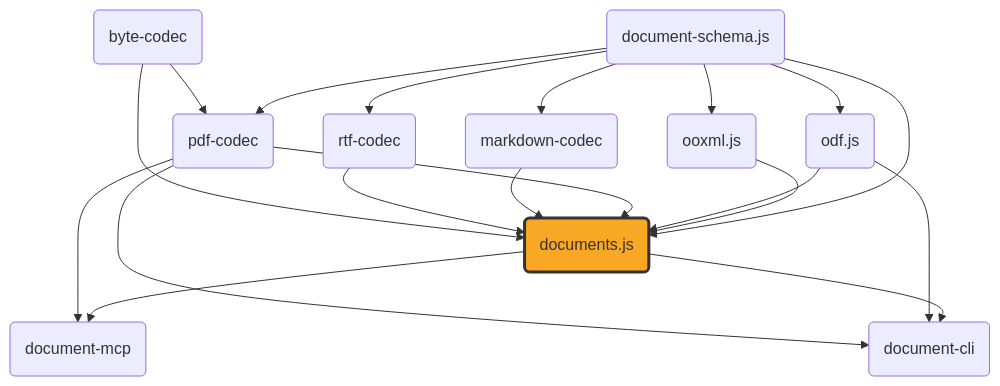
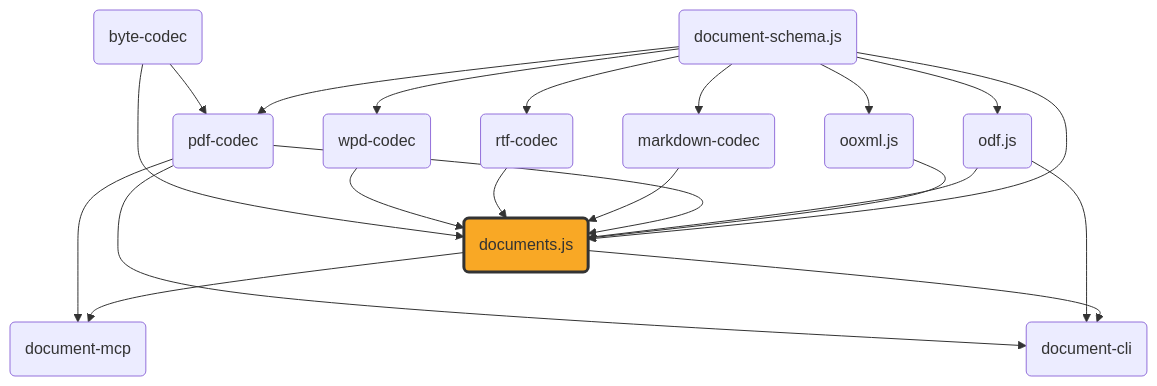
The diagram in packages/documents.js/README.md (ExaDev/documents.js), drawn with Mermaid before and after one commit. The commit also changed other lines of this file and 1 other file, not shown here.

First line of the commit message:
docs(documents.js): document wpd as a routable read-only conversion source

````diff
--- a/packages/documents.js/README.md
+++ b/packages/documents.js/README.md
@@ -9,45 +9,49 @@
 ```mermaid
 graph TD
     schema("document-schema.js")
     ooxml("ooxml.js")
     odf("odf.js")
     pdfcodec("pdf-codec")
     mdcodec("markdown-codec")
     rtfcodec("rtf-codec")
+    wpdcodec("wpd-codec")
     bytecodec("byte-codec")
     documents("documents.js")
     mcp("document-mcp")
     cli("document-cli")
 
     schema --> ooxml
     schema --> odf
     schema --> pdfcodec
     schema --> mdcodec
     schema --> rtfcodec
+    schema --> wpdcodec
     schema --> documents
     ooxml --> documents
     odf --> documents
     pdfcodec --> documents
     mdcodec --> documents
     rtfcodec --> documents
+    wpdcodec --> documents
     bytecodec --> pdfcodec
     bytecodec --> documents
     documents --> mcp
     pdfcodec --> mcp
     documents --> cli
     odf --> cli
     pdfcodec --> cli
 
     click schema "https://github.com/ExaDev/documents.js/tree/main/packages/document-schema.js" "document-schema.js"
     click ooxml "https://github.com/ExaDev/documents.js/tree/main/packages/ooxml.js" "ooxml.js"
     click odf "https://github.com/ExaDev/documents.js/tree/main/packages/odf.js" "odf.js"
     click pdfcodec "https://github.com/ExaDev/documents.js/tree/main/packages/pdf-codec" "pdf-codec"
     click mdcodec "https://github.com/ExaDev/documents.js/tree/main/packages/markdown-codec" "markdown-codec"
     click rtfcodec "https://github.com/ExaDev/documents.js/tree/main/packages/rtf-codec" "rtf-codec"
+    click wpdcodec "https://github.com/ExaDev/documents.js/tree/main/packages/wpd-codec" "wpd-codec"
     click bytecodec "https://github.com/ExaDev/documents.js/tree/main/packages/byte-codec" "byte-codec"
     click documents "https://github.com/ExaDev/documents.js" "documents.js"
     click mcp "https://github.com/ExaDev/documents.js/tree/main/packages/document-mcp" "document-mcp"
     click cli "https://github.com/ExaDev/documents.js/tree/main/packages/document-cli" "document-cli"
 
     style documents fill:#f9a825,stroke:#333,stroke-width:3px
 ```
````
